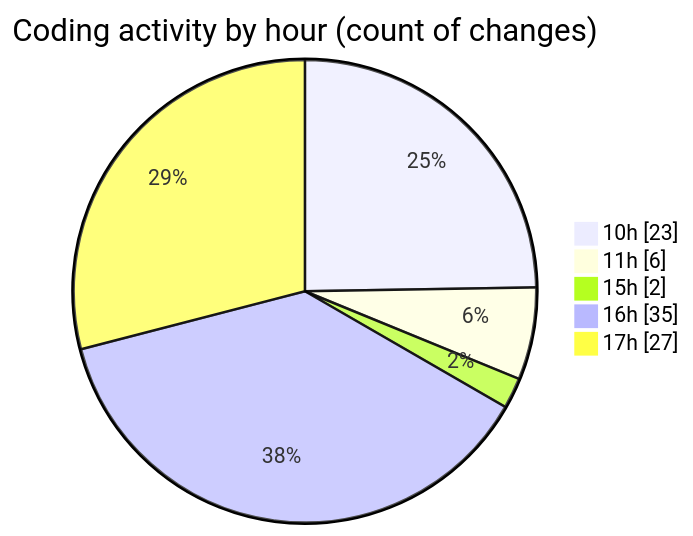
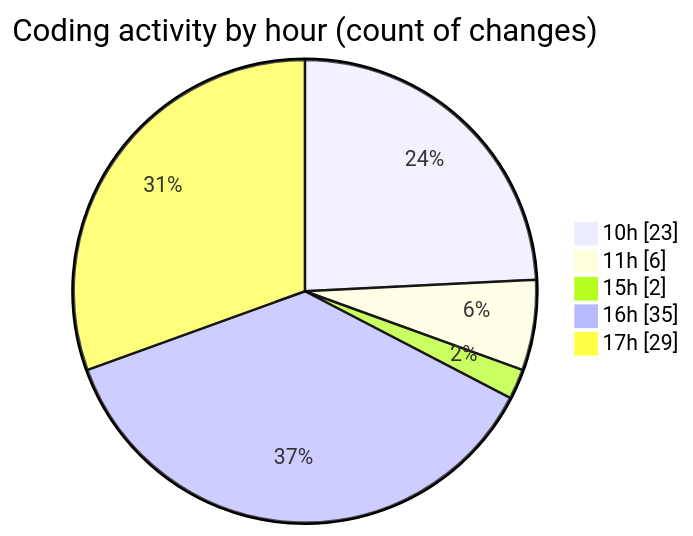
The second of 2 diagrams in 2026-05-04/nxtqube_webapp/README.md (nxtqubesakshisongat/code-tracking), drawn with Mermaid before and after one commit. The commit also changed other lines of this file and 1 other file, not shown here.

````diff
--- a/2026-05-04/nxtqube_webapp/README.md
+++ b/2026-05-04/nxtqube_webapp/README.md
@@ -37,9 +37,9 @@
 ```mermaid
 pie showData
 title Coding activity by hour (count of changes)
 "10h" : 23
 "11h" : 6
 "15h" : 2
 "16h" : 35
-"17h" : 27
+"17h" : 29
 ```
````
